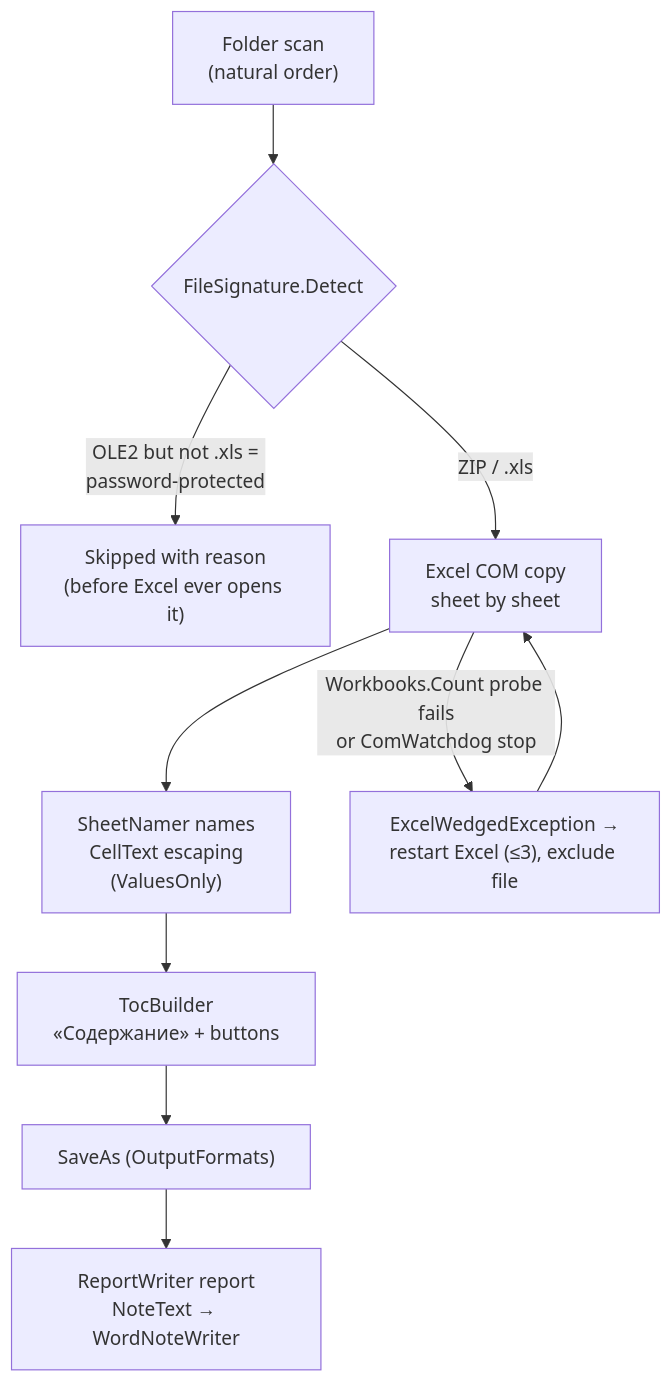
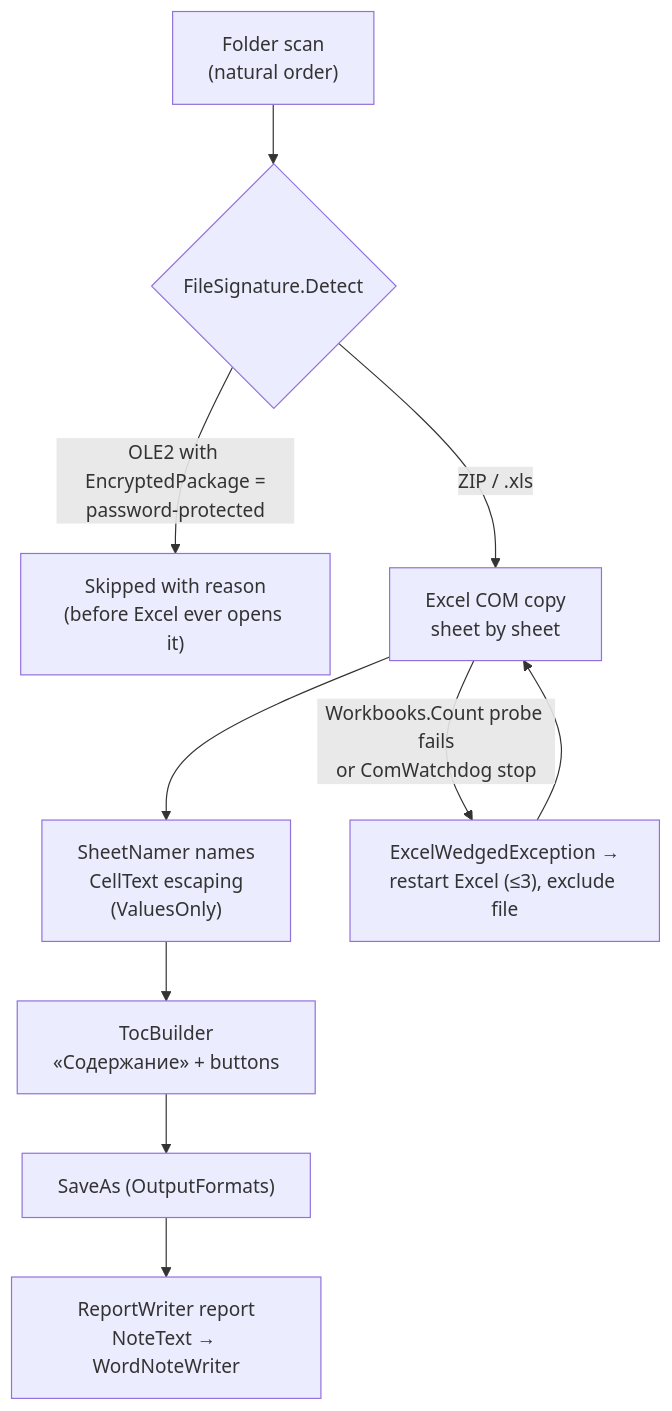
One commit to DedovMosol/iwoHelperDesktop changed the third of 6 diagrams in docs/ARCHITECTURE.md. Above: the diagram before and after it, drawn with Mermaid. The commit also changed other lines of this file and 7 other files, not shown here.

````diff
--- a/docs/ARCHITECTURE.md
+++ b/docs/ARCHITECTURE.md
@@ -616,12 +632,12 @@
 ```mermaid
 flowchart TB
     A["Folder scan<br>(natural order)"] --> B{"FileSignature.Detect"}
-    B -->|"OLE2 but not .xls =<br>password-protected"| SKIP["Skipped with reason<br>(before Excel ever opens it)"]
+    B -->|"OLE2 with EncryptedPackage =<br>password-protected"| SKIP["Skipped with reason<br>(before Excel ever opens it)"]
     B -->|ZIP / .xls| C["Excel COM copy<br>sheet by sheet"]
     C --> D["SheetNamer names<br>CellText escaping<br>(ValuesOnly)"]
     D --> E["TocBuilder<br>«Содержание» + buttons"]
     E --> F["SaveAs (OutputFormats)"]
     F --> G["ReportWriter report<br>NoteText → WordNoteWriter"]
     C -->|"Workbooks.Count probe fails<br>or ComWatchdog stop"| H["ExcelWedgedException →<br>restart Excel (≤3), exclude file"]
     H --> C
 ```
````
